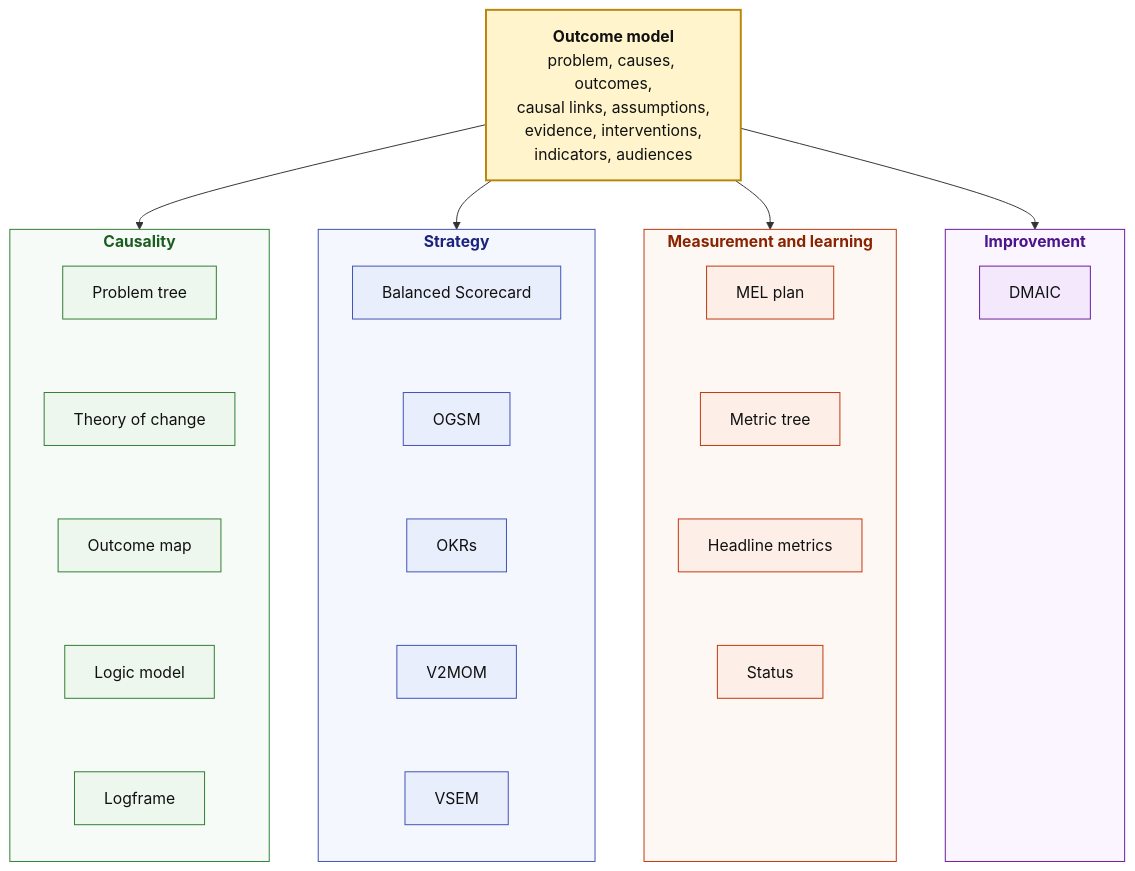
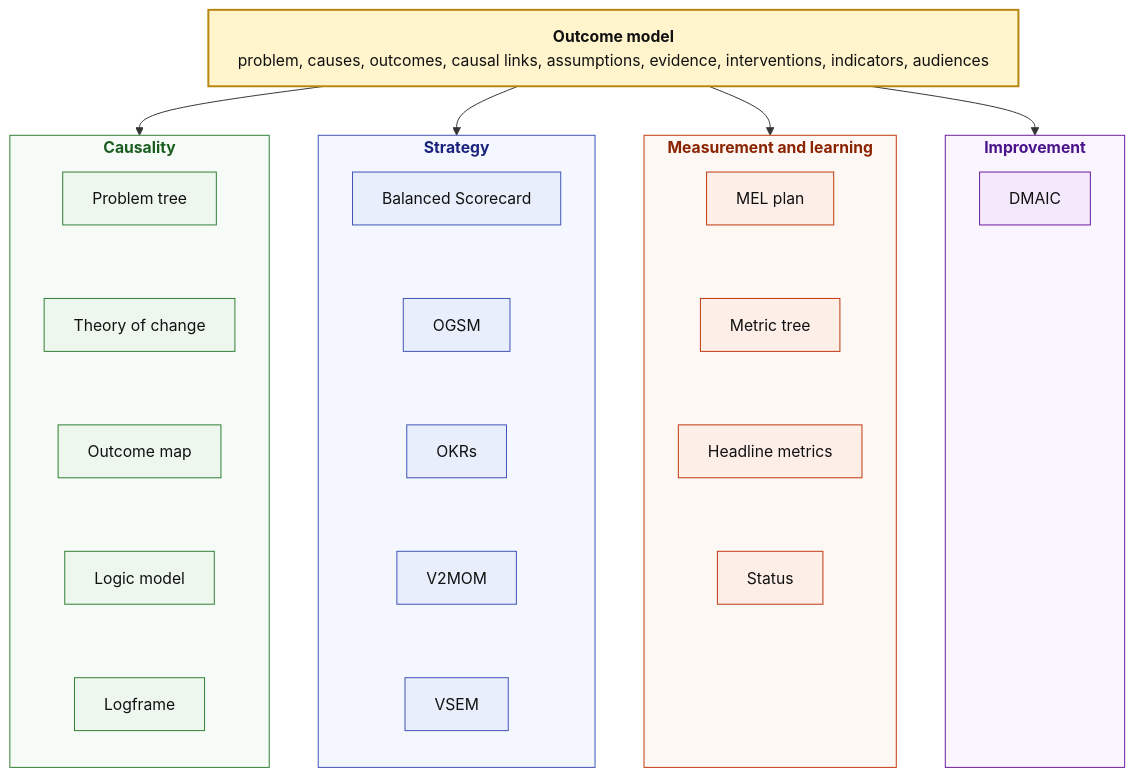
Before and after one commit to ProductBuildersHQ/impact-model: the first of 4 diagrams in docs/index.md, drawn with Mermaid. The commit also changed 1 other file, not shown here.

Commit message:
docs: widen the outcome model box over the four view columns
Refs: RMI-IMPACTMODEL-028

````diff
--- a/docs/index.md
+++ b/docs/index.md
@@ -36,38 +36,39 @@
 ```mermaid
+%%{init: {"flowchart": {"wrappingWidth": 1000}}}%%
 flowchart TB
   classDef model fill:#fff4cc,stroke:#b8860b,stroke-width:2px,color:#111
   classDef causal fill:#eef7ee,stroke:#2e7d32,color:#111
   classDef strategy fill:#e8eefc,stroke:#3f51b5,color:#111
   classDef measure fill:#fdeee8,stroke:#bf360c,color:#111
   classDef improve fill:#f3e8fc,stroke:#6a1b9a,color:#111
   classDef spacer fill:transparent,stroke:transparent,stroke-width:1px,color:transparent
 
-  om["<b>Outcome model</b><br/>problem, causes, outcomes,<br/>causal links, assumptions,<br/>evidence, interventions,<br/>indicators, audiences"]:::model
+  om["<b>Outcome model</b><br/>problem, causes, outcomes, causal links, assumptions, evidence, interventions, indicators, audiences"]:::model
 
   subgraph causality["<b>Causality</b>"]
     direction TB
     pt["Problem tree"]:::causal ~~~ toc["Theory of change"]:::causal ~~~ omap["Outcome map"]:::causal ~~~ lm["Logic model"]:::causal ~~~ lf["Logframe"]:::causal
   end
   subgraph strategy["<b>Strategy</b>"]
     direction TB
     bs["Balanced Scorecard"]:::strategy ~~~ og["OGSM"]:::strategy ~~~ okr["OKRs"]:::strategy ~~~ v2["V2MOM"]:::strategy ~~~ vs["VSEM"]:::strategy
   end
   subgraph measurement["<b>Measurement and learning</b>"]
     direction TB
     ml["MEL plan"]:::measure ~~~ mt["Metric tree"]:::measure ~~~ hm["Headline metrics"]:::measure ~~~ st["Status"]:::measure ~~~ m5["DMAIC"]:::spacer
   end
   subgraph improvement["<b>Improvement</b>"]
     direction TB
     dm["DMAIC"]:::improve ~~~ i2["DMAIC"]:::spacer ~~~ i3["DMAIC"]:::spacer ~~~ i4["DMAIC"]:::spacer ~~~ i5["DMAIC"]:::spacer
   end
 
   om --> causality
   om --> strategy
   om --> measurement
   om --> improvement
 
   style causality fill:#f7fbf7,stroke:#2e7d32,color:#1b5e20
   style strategy fill:#f5f7fe,stroke:#3f51b5,color:#1a237e
   style measurement fill:#fef8f5,stroke:#bf360c,color:#8a2400
   style improvement fill:#faf5fe,stroke:#6a1b9a,color:#4a148c
 ```
````
